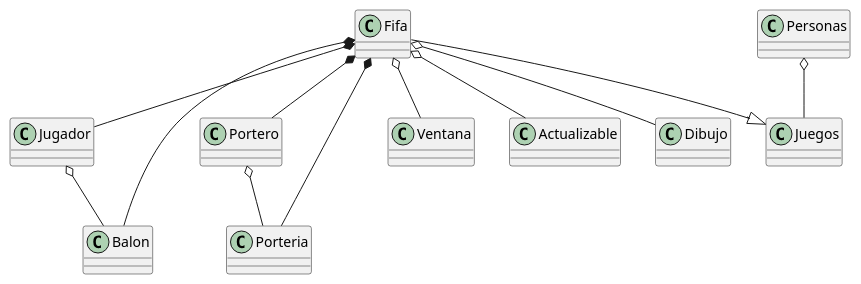
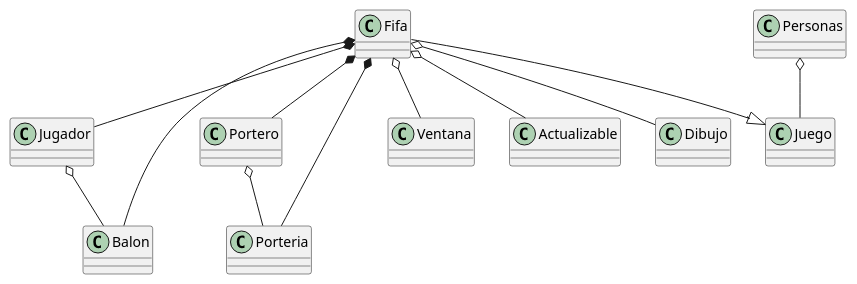
Before and after one commit to SilviodeJesusMarinGomez/Futbol_Proyecto: the diagram in docs/Diagrama.puml, drawn with PlantUML. The commit also changed 2 other files, not shown here.

Commit message:
Clase Juego

```diff
--- a/docs/Diagrama.puml
+++ b/docs/Diagrama.puml
@@ -1,28 +1,28 @@
 @startuml Si
 
 
 
 class Fifa
 class Personas
 class Jugador
 class Balon
 class Portero
 class Porteria
 class Ventana
 class Actualizable
 class Dibujo
-class Juegos 
+class Juego 
 
-Personas o-- Juegos
-Fifa --|> Juegos
+Personas o-- Juego
+Fifa --|> Juego
 Fifa *-- Jugador
 Fifa *-- Porteria
 Fifa *-- Portero
 Fifa *-- Balon
 Fifa o-- Ventana
 Fifa o-- Dibujo
 Fifa o-- Actualizable
 Portero o-- Porteria
 Jugador o-- Balon
 
 @enduml
```
